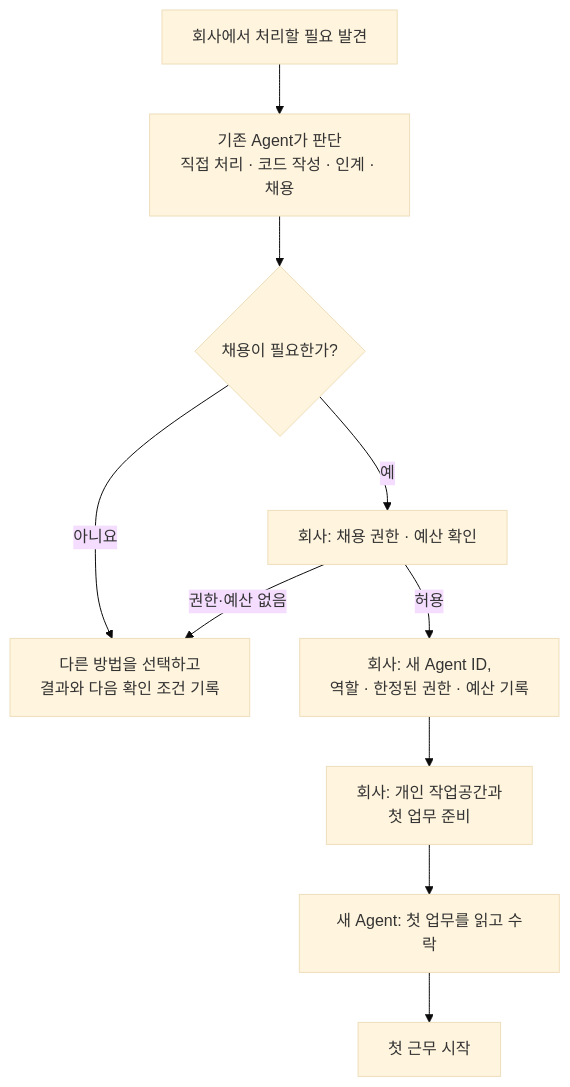
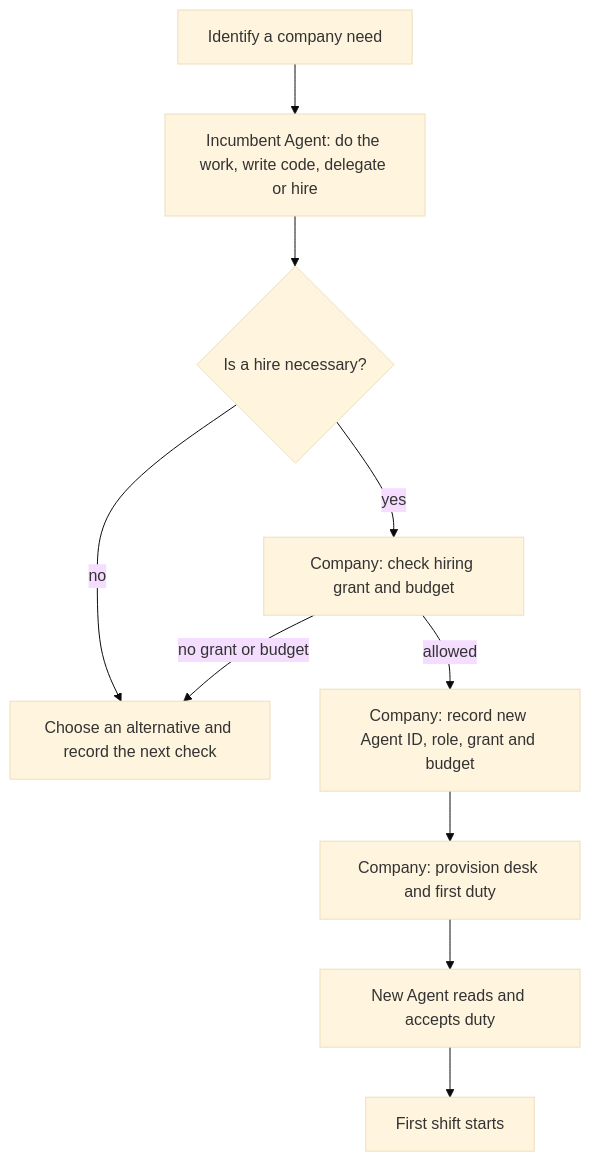
Before and after one commit to openboa-ai/sourdough: the seventh of 16 diagrams in docs/company-agent-quant.md, drawn with Mermaid (base theme). The commit also changed other lines of this file and 29 other files, not shown here.

````diff
--- a/docs/company-agent-quant.md
+++ b/docs/company-agent-quant.md
@@ -213,17 +208,17 @@
 ```mermaid
 flowchart TD
-    Need["회사에서 처리할 필요 발견"]
-    Judge["기존 Agent가 판단<br/>직접 처리 · 코드 작성 · 인계 · 채용"]
-    Choice{"채용이 필요한가?"}
-    Other["다른 방법을 선택하고<br/>결과와 다음 확인 조건 기록"]
-    Check["회사: 채용 권한 · 예산 확인"]
-    Create["회사: 새 Agent ID,<br/>역할 · 한정된 권한 · 예산 기록"]
-    Desk["회사: 개인 작업공간과<br/>첫 업무 준비"]
-    Accept["새 Agent: 첫 업무를 읽고 수락"]
-    Work["첫 근무 시작"]
+    Need["Identify a company need"]
+    Judge["Incumbent Agent: do the work, write code, delegate or hire"]
+    Choice{"Is a hire necessary?"}
+    Other["Choose an alternative and record the next check"]
+    Check["Company: check hiring grant and budget"]
+    Create["Company: record new Agent ID, role, grant and budget"]
+    Desk["Company: provision desk and first duty"]
+    Accept["New Agent reads and accepts duty"]
+    Work["First shift starts"]
     Need --> Judge --> Choice
-    Choice -->|아니요| Other
-    Choice -->|예| Check
-    Check -->|권한·예산 없음| Other
-    Check -->|허용| Create --> Desk --> Accept --> Work
+    Choice -->|no| Other
+    Choice -->|yes| Check
+    Check -->|no grant or budget| Other
+    Check -->|allowed| Create --> Desk --> Accept --> Work
 ```
````
